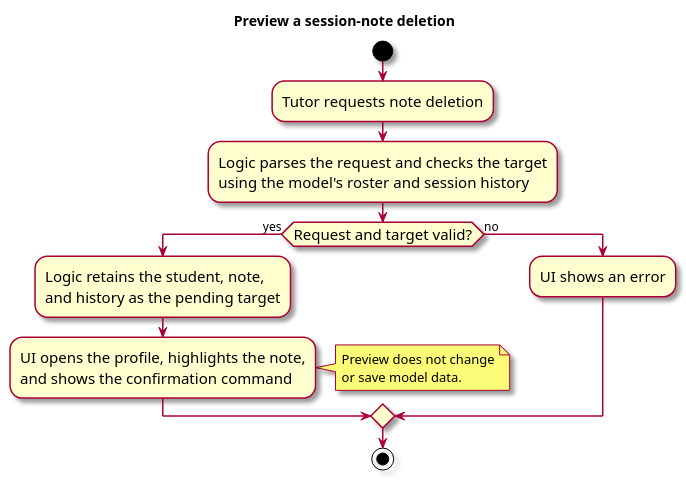
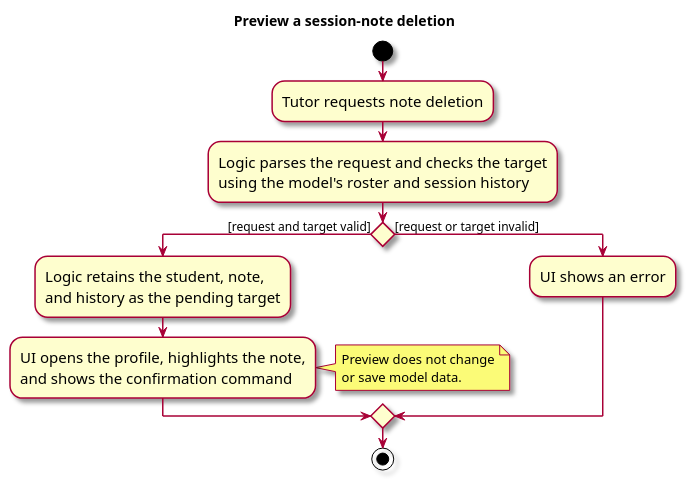
One commit to AY2627S1-CS2103T-F09-1/tp changed the diagram in docs/diagrams/DeleteSessionNotePreviewActivityDiagram.puml. Above: the diagram before and after it, drawn with PlantUML. The commit also changed 1 other file, not shown here.

```diff
--- a/docs/diagrams/DeleteSessionNotePreviewActivityDiagram.puml
+++ b/docs/diagrams/DeleteSessionNotePreviewActivityDiagram.puml
@@ -1,24 +1,24 @@
 @startuml
 skin rose
 skinparam ActivityFontSize 15
 skinparam ArrowFontSize 12
 title Preview a session-note deletion
 
 start
 :Tutor requests note deletion;
 :Logic parses the request and checks the target
 using the model's roster and session history;
-if (Request and target valid?) then (yes)
+if () then ([request and target valid])
   :Logic retains the student, note,
   and history as the pending target;
   :UI opens the profile, highlights the note,
   and shows the confirmation command;
   note right
     Preview does not change
     or save model data.
   end note
-else (no)
+else ([request or target invalid])
   :UI shows an error;
 endif
 stop
 @enduml
```
